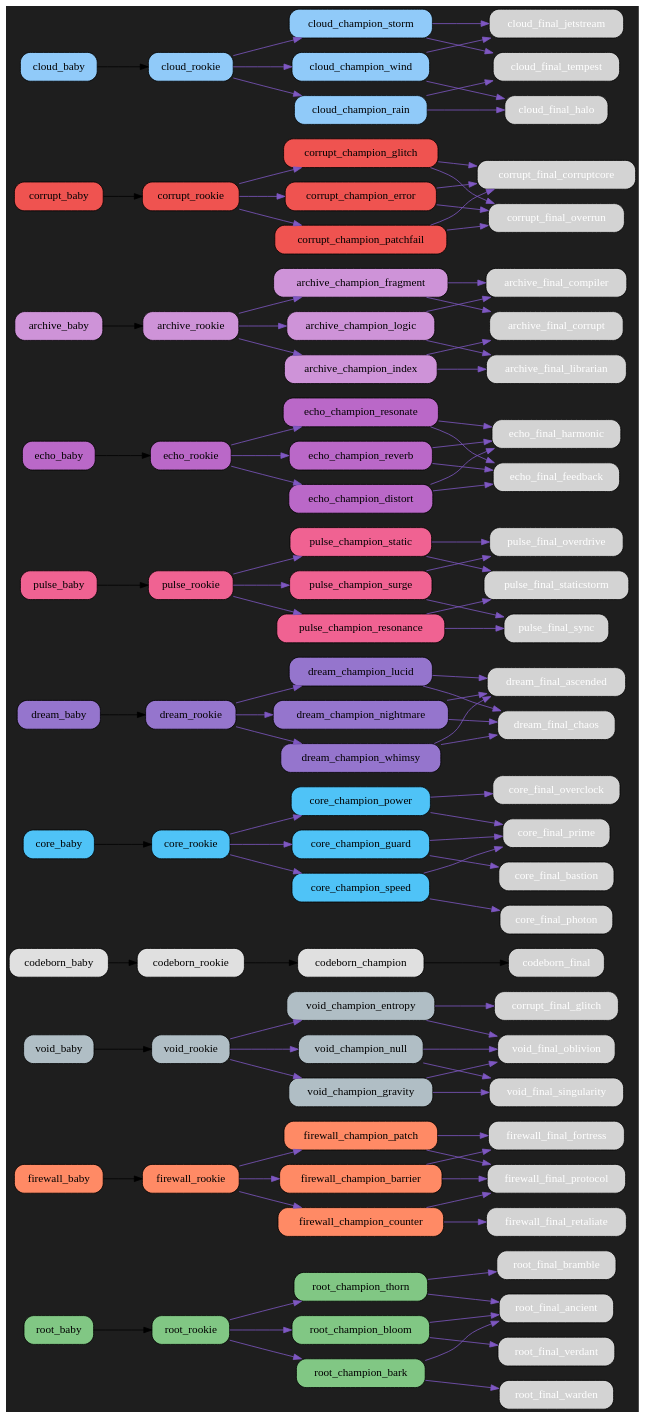
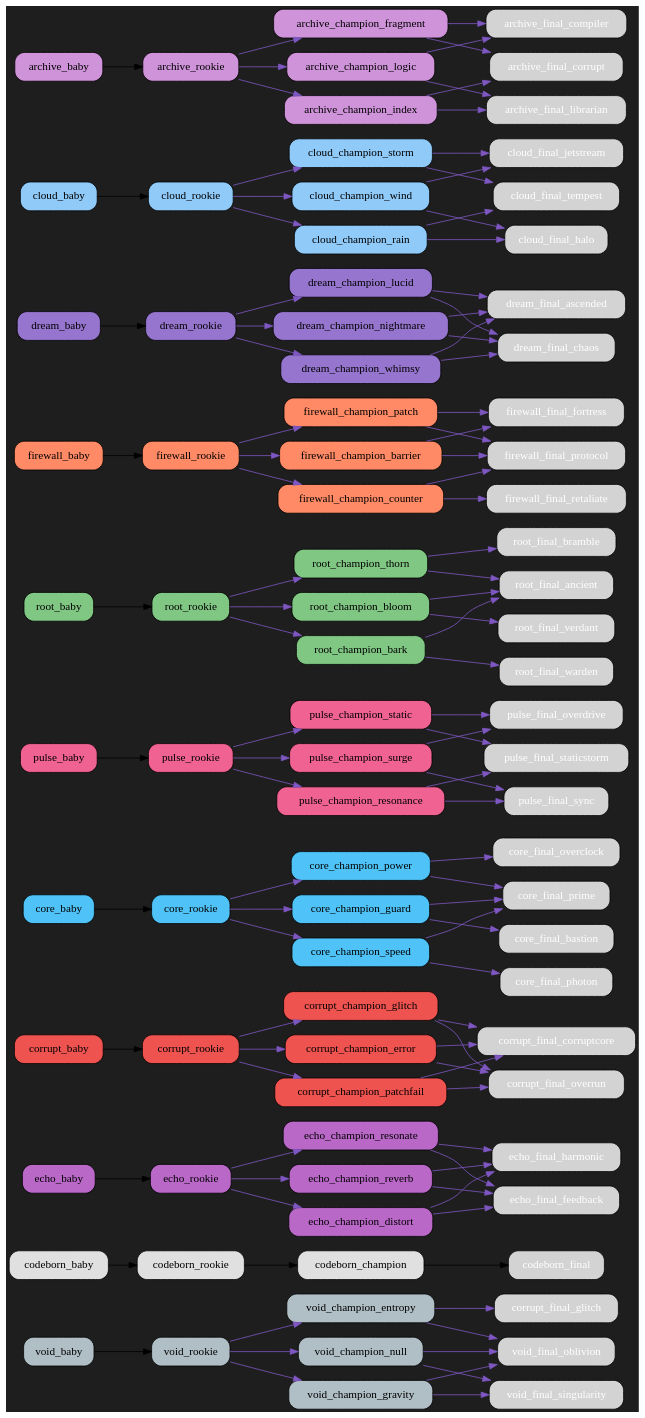
The diagram in src/netgrid/systems/evolution/graphs/dark/evolution_graph_dark.dot (bwlight/NetGrid), drawn with Graphviz before and after one commit. The commit also changed other lines of this file and 8 other files, not shown here.

Commit message:
Auto-update evolution graphs

```diff
--- a/src/netgrid/systems/evolution/graphs/dark/evolution_graph_dark.dot
+++ b/src/netgrid/systems/evolution/graphs/dark/evolution_graph_dark.dot
@@ -2,6 +2,87 @@
   rankdir=LR;
   bgcolor="#1e1e1e";
   node [shape=box, style="rounded,filled", fontcolor="white"];
+  "void_baby" [fillcolor="#b0bec5", fontcolor="black"];
+  "void_baby" -> "void_rookie";
+  "void_rookie" [fillcolor="#b0bec5", fontcolor="black"];
+  "void_rookie" -> "void_champion_entropy" [color="#7e57c2"];
+  "void_rookie" -> "void_champion_gravity" [color="#7e57c2"];
+  "void_rookie" -> "void_champion_null" [color="#7e57c2"];
+  "void_champion_entropy" [fillcolor="#b0bec5", fontcolor="black"];
+  "void_champion_entropy" -> "corrupt_final_glitch" [color="#7e57c2"];
+  "void_champion_entropy" -> "void_final_oblivion" [color="#7e57c2"];
+  "void_champion_gravity" [fillcolor="#b0bec5", fontcolor="black"];
+  "void_champion_gravity" -> "void_final_singularity" [color="#7e57c2"];
+  "void_champion_gravity" -> "void_final_oblivion" [color="#7e57c2"];
+  "void_champion_null" [fillcolor="#b0bec5", fontcolor="black"];
+  "void_champion_null" -> "void_final_oblivion" [color="#7e57c2"];
+  "void_champion_null" -> "void_final_singularity" [color="#7e57c2"];
+  "codeborn_baby" [fillcolor="#e0e0e0", fontcolor="black"];
+  "codeborn_baby" -> "codeborn_rookie";
+  "codeborn_rookie" [fillcolor="#e0e0e0", fontcolor="black"];
+  "codeborn_rookie" -> "codeborn_champion";
+  "codeborn_champion" [fillcolor="#e0e0e0", fontcolor="black"];
+  "codeborn_champion" -> "codeborn_final";
+  "echo_baby" [fillcolor="#ba68c8", fontcolor="black"];
+  "echo_baby" -> "echo_rookie";
+  "echo_rookie" [fillcolor="#ba68c8", fontcolor="black"];
+  "echo_rookie" -> "echo_champion_resonate" [color="#7e57c2"];
+  "echo_rookie" -> "echo_champion_reverb" [color="#7e57c2"];
+  "echo_rookie" -> "echo_champion_distort" [color="#7e57c2"];
+  "echo_champion_resonate" [fillcolor="#ba68c8", fontcolor="black"];
+  "echo_champion_resonate" -> "echo_final_harmonic" [color="#7e57c2"];
+  "echo_champion_resonate" -> "echo_final_feedback" [color="#7e57c2"];
+  "echo_champion_reverb" [fillcolor="#ba68c8", fontcolor="black"];
+  "echo_champion_reverb" -> "echo_final_feedback" [color="#7e57c2"];
+  "echo_champion_reverb" -> "echo_final_harmonic" [color="#7e57c2"];
+  "echo_champion_distort" [fillcolor="#ba68c8", fontcolor="black"];
+  "echo_champion_distort" -> "echo_final_feedback" [color="#7e57c2"];
+  "echo_champion_distort" -> "echo_final_harmonic" [color="#7e57c2"];
+  "corrupt_baby" [fillcolor="#ef5350", fontcolor="black"];
+  "corrupt_baby" -> "corrupt_rookie";
+  "corrupt_rookie" [fillcolor="#ef5350", fontcolor="black"];
+  "corrupt_rookie" -> "corrupt_champion_glitch" [color="#7e57c2"];
+  "corrupt_rookie" -> "corrupt_champion_error" [color="#7e57c2"];
+  "corrupt_rookie" -> "corrupt_champion_patchfail" [color="#7e57c2"];
+  "corrupt_champion_glitch" [fillcolor="#ef5350", fontcolor="black"];
+  "corrupt_champion_glitch" -> "corrupt_final_corruptcore" [color="#7e57c2"];
+  "corrupt_champion_glitch" -> "corrupt_final_overrun" [color="#7e57c2"];
+  "corrupt_champion_error" [fillcolor="#ef5350", fontcolor="black"];
+  "corrupt_champion_error" -> "corrupt_final_overrun" [color="#7e57c2"];
+  "corrupt_champion_error" -> "corrupt_final_corruptcore" [color="#7e57c2"];
+  "corrupt_champion_patchfail" [fillcolor="#ef5350", fontcolor="black"];
+  "corrupt_champion_patchfail" -> "corrupt_final_corruptcore" [color="#7e57c2"];
+  "corrupt_champion_patchfail" -> "corrupt_final_overrun" [color="#7e57c2"];
+  "core_baby" [fillcolor="#4fc3f7", fontcolor="black"];
+  "core_baby" -> "core_rookie";
+  "core_rookie" [fillcolor="#4fc3f7", fontcolor="black"];
+  "core_rookie" -> "core_champion_power" [color="#7e57c2"];
+  "core_rookie" -> "core_champion_guard" [color="#7e57c2"];
+  "core_rookie" -> "core_champion_speed" [color="#7e57c2"];
+  "core_champion_power" [fillcolor="#4fc3f7", fontcolor="black"];
+  "core_champion_power" -> "core_final_overclock" [color="#7e57c2"];
+  "core_champion_power" -> "core_final_prime" [color="#7e57c2"];
+  "core_champion_guard" [fillcolor="#4fc3f7", fontcolor="black"];
+  "core_champion_guard" -> "core_final_bastion" [color="#7e57c2"];
+  "core_champion_guard" -> "core_final_prime" [color="#7e57c2"];
+  "core_champion_speed" [fillcolor="#4fc3f7", fontcolor="black"];
+  "core_champion_speed" -> "core_final_photon" [color="#7e57c2"];
+  "core_champion_speed" -> "core_final_prime" [color="#7e57c2"];
+  "pulse_baby" [fillcolor="#f06292", fontcolor="black"];
+  "pulse_baby" -> "pulse_rookie";
+  "pulse_rookie" [fillcolor="#f06292", fontcolor="black"];
+  "pulse_rookie" -> "pulse_champion_surge" [color="#7e57c2"];
+  "pulse_rookie" -> "pulse_champion_resonance" [color="#7e57c2"];
+  "pulse_rookie" -> "pulse_champion_static" [color="#7e57c2"];
+  "pulse_champion_surge" [fillcolor="#f06292", fontcolor="black"];
+  "pulse_champion_surge" -> "pulse_final_overdrive" [color="#7e57c2"];
+  "pulse_champion_surge" -> "pulse_final_sync" [color="#7e57c2"];
+  "pulse_champion_resonance" [fillcolor="#f06292", fontcolor="black"];
+  "pulse_champion_resonance" -> "pulse_final_sync" [color="#7e57c2"];
+  "pulse_champion_resonance" -> "pulse_final_staticstorm" [color="#7e57c2"];
+  "pulse_champion_static" [fillcolor="#f06292", fontcolor="black"];
+  "pulse_champion_static" -> "pulse_final_staticstorm" [color="#7e57c2"];
+  "pulse_champion_static" -> "pulse_final_overdrive" [color="#7e57c2"];
   "root_baby" [fillcolor="#81c784", fontcolor="black"];
   "root_baby" -> "root_rookie";
   "root_rookie" [fillcolor="#81c784", fontcolor="black"];
@@ -32,42 +113,6 @@
   "firewall_champion_patch" [fillcolor="#ff8a65", fontcolor="black"];
   "firewall_champion_patch" -> "firewall_final_protocol" [color="#7e57c2"];
   "firewall_champion_patch" -> "firewall_final_fortress" [color="#7e57c2"];
-  "void_baby" [fillcolor="#b0bec5", fontcolor="black"];
-  "void_baby" -> "void_rookie";
-  "void_rookie" [fillcolor="#b0bec5", fontcolor="black"];
-  "void_rookie" -> "void_champion_entropy" [color="#7e57c2"];
-  "void_rookie" -> "void_champion_gravity" [color="#7e57c2"];
-  "void_rookie" -> "void_champion_null" [color="#7e57c2"];
-  "void_champion_entropy" [fillcolor="#b0bec5", fontcolor="black"];
-  "void_champion_entropy" -> "corrupt_final_glitch" [color="#7e57c2"];
-  "void_champion_entropy" -> "void_final_oblivion" [color="#7e57c2"];
-  "void_champion_gravity" [fillcolor="#b0bec5", fontcolor="black"];
-  "void_champion_gravity" -> "void_final_singularity" [color="#7e57c2"];
-  "void_champion_gravity" -> "void_final_oblivion" [color="#7e57c2"];
-  "void_champion_null" [fillcolor="#b0bec5", fontcolor="black"];
-  "void_champion_null" -> "void_final_oblivion" [color="#7e57c2"];
-  "void_champion_null" -> "void_final_singularity" [color="#7e57c2"];
-  "codeborn_baby" [fillcolor="#e0e0e0", fontcolor="black"];
-  "codeborn_baby" -> "codeborn_rookie";
-  "codeborn_rookie" [fillcolor="#e0e0e0", fontcolor="black"];
-  "codeborn_rookie" -> "codeborn_champion";
-  "codeborn_champion" [fillcolor="#e0e0e0", fontcolor="black"];
-  "codeborn_champion" -> "codeborn_final";
-  "core_baby" [fillcolor="#4fc3f7", fontcolor="black"];
-  "core_baby" -> "core_rookie";
-  "core_rookie" [fillcolor="#4fc3f7", fontcolor="black"];
-  "core_rookie" -> "core_champion_power" [color="#7e57c2"];
-  "core_rookie" -> "core_champion_guard" [color="#7e57c2"];
-  "core_rookie" -> "core_champion_speed" [color="#7e57c2"];
-  "core_champion_power" [fillcolor="#4fc3f7", fontcolor="black"];
-  "core_champion_power" -> "core_final_overclock" [color="#7e57c2"];
-  "core_champion_power" -> "core_final_prime" [color="#7e57c2"];
-  "core_champion_guard" [fillcolor="#4fc3f7", fontcolor="black"];
-  "core_champion_guard" -> "core_final_bastion" [color="#7e57c2"];
-  "core_champion_guard" -> "core_final_prime" [color="#7e57c2"];
-  "core_champion_speed" [fillcolor="#4fc3f7", fontcolor="black"];
-  "core_champion_speed" -> "core_final_photon" [color="#7e57c2"];
-  "core_champion_speed" -> "core_final_prime" [color="#7e57c2"];
   "dream_baby" [fillcolor="#9575cd", fontcolor="black"];
   "dream_baby" -> "dream_rookie";
   "dream_rookie" [fillcolor="#9575cd", fontcolor="black"];
@@ -83,36 +128,21 @@
   "dream_champion_whimsy" [fillcolor="#9575cd", fontcolor="black"];
   "dream_champion_whimsy" -> "dream_final_ascended" [color="#7e57c2"];
   "dream_champion_whimsy" -> "dream_final_chaos" [color="#7e57c2"];
-  "pulse_baby" [fillcolor="#f06292", fontcolor="black"];
-  "pulse_baby" -> "pulse_rookie";
-  "pulse_rookie" [fillcolor="#f06292", fontcolor="black"];
-  "pulse_rookie" -> "pulse_champion_surge" [color="#7e57c2"];
-  "pulse_rookie" -> "pulse_champion_resonance" [color="#7e57c2"];
-  "pulse_rookie" -> "pulse_champion_static" [color="#7e57c2"];
-  "pulse_champion_surge" [fillcolor="#f06292", fontcolor="black"];
-  "pulse_champion_surge" -> "pulse_final_overdrive" [color="#7e57c2"];
-  "pulse_champion_surge" -> "pulse_final_sync" [color="#7e57c2"];
-  "pulse_champion_resonance" [fillcolor="#f06292", fontcolor="black"];
-  "pulse_champion_resonance" -> "pulse_final_sync" [color="#7e57c2"];
-  "pulse_champion_resonance" -> "pulse_final_staticstorm" [color="#7e57c2"];
-  "pulse_champion_static" [fillcolor="#f06292", fontcolor="black"];
-  "pulse_champion_static" -> "pulse_final_staticstorm" [color="#7e57c2"];
-  "pulse_champion_static" -> "pulse_final_overdrive" [color="#7e57c2"];
-  "echo_baby" [fillcolor="#ba68c8", fontcolor="black"];
-  "echo_baby" -> "echo_rookie";
-  "echo_rookie" [fillcolor="#ba68c8", fontcolor="black"];
-  "echo_rookie" -> "echo_champion_resonate" [color="#7e57c2"];
-  "echo_rookie" -> "echo_champion_reverb" [color="#7e57c2"];
-  "echo_rookie" -> "echo_champion_distort" [color="#7e57c2"];
-  "echo_champion_resonate" [fillcolor="#ba68c8", fontcolor="black"];
-  "echo_champion_resonate" -> "echo_final_harmonic" [color="#7e57c2"];
-  "echo_champion_resonate" -> "echo_final_feedback" [color="#7e57c2"];
-  "echo_champion_reverb" [fillcolor="#ba68c8", fontcolor="black"];
-  "echo_champion_reverb" -> "echo_final_feedback" [color="#7e57c2"];
-  "echo_champion_reverb" -> "echo_final_harmonic" [color="#7e57c2"];
-  "echo_champion_distort" [fillcolor="#ba68c8", fontcolor="black"];
-  "echo_champion_distort" -> "echo_final_feedback" [color="#7e57c2"];
-  "echo_champion_distort" -> "echo_final_harmonic" [color="#7e57c2"];
+  "cloud_baby" [fillcolor="#90caf9", fontcolor="black"];
+  "cloud_baby" -> "cloud_rookie";
+  "cloud_rookie" [fillcolor="#90caf9", fontcolor="black"];
+  "cloud_rookie" -> "cloud_champion_wind" [color="#7e57c2"];
+  "cloud_rookie" -> "cloud_champion_rain" [color="#7e57c2"];
+  "cloud_rookie" -> "cloud_champion_storm" [color="#7e57c2"];
+  "cloud_champion_wind" [fillcolor="#90caf9", fontcolor="black"];
+  "cloud_champion_wind" -> "cloud_final_jetstream" [color="#7e57c2"];
+  "cloud_champion_wind" -> "cloud_final_halo" [color="#7e57c2"];
+  "cloud_champion_rain" [fillcolor="#90caf9", fontcolor="black"];
+  "cloud_champion_rain" -> "cloud_final_halo" [color="#7e57c2"];
+  "cloud_champion_rain" -> "cloud_final_tempest" [color="#7e57c2"];
+  "cloud_champion_storm" [fillcolor="#90caf9", fontcolor="black"];
+  "cloud_champion_storm" -> "cloud_final_tempest" [color="#7e57c2"];
+  "cloud_champion_storm" -> "cloud_final_jetstream" [color="#7e57c2"];
   "archive_baby" [fillcolor="#ce93d8", fontcolor="black"];
   "archive_baby" -> "archive_rookie";
   "archive_rookie" [fillcolor="#ce93d8", fontcolor="black"];
@@ -128,34 +158,4 @@
   "archive_champion_fragment" [fillcolor="#ce93d8", fontcolor="black"];
   "archive_champion_fragment" -> "archive_final_corrupt" [color="#7e57c2"];
   "archive_champion_fragment" -> "archive_final_compiler" [color="#7e57c2"];
-  "corrupt_baby" [fillcolor="#ef5350", fontcolor="black"];
-  "corrupt_baby" -> "corrupt_rookie";
-  "corrupt_rookie" [fillcolor="#ef5350", fontcolor="black"];
-  "corrupt_rookie" -> "corrupt_champion_glitch" [color="#7e57c2"];
-  "corrupt_rookie" -> "corrupt_champion_error" [color="#7e57c2"];
-  "corrupt_rookie" -> "corrupt_champion_patchfail" [color="#7e57c2"];
-  "corrupt_champion_glitch" [fillcolor="#ef5350", fontcolor="black"];
-  "corrupt_champion_glitch" -> "corrupt_final_corruptcore" [color="#7e57c2"];
-  "corrupt_champion_glitch" -> "corrupt_final_overrun" [color="#7e57c2"];
-  "corrupt_champion_error" [fillcolor="#ef5350", fontcolor="black"];
-  "corrupt_champion_error" -> "corrupt_final_overrun" [color="#7e57c2"];
-  "corrupt_champion_error" -> "corrupt_final_corruptcore" [color="#7e57c2"];
-  "corrupt_champion_patchfail" [fillcolor="#ef5350", fontcolor="black"];
-  "corrupt_champion_patchfail" -> "corrupt_final_corruptcore" [color="#7e57c2"];
-  "corrupt_champion_patchfail" -> "corrupt_final_overrun" [color="#7e57c2"];
-  "cloud_baby" [fillcolor="#90caf9", fontcolor="black"];
-  "cloud_baby" -> "cloud_rookie";
-  "cloud_rookie" [fillcolor="#90caf9", fontcolor="black"];
-  "cloud_rookie" -> "cloud_champion_wind" [color="#7e57c2"];
-  "cloud_rookie" -> "cloud_champion_rain" [color="#7e57c2"];
-  "cloud_rookie" -> "cloud_champion_storm" [color="#7e57c2"];
-  "cloud_champion_wind" [fillcolor="#90caf9", fontcolor="black"];
-  "cloud_champion_wind" -> "cloud_final_jetstream" [color="#7e57c2"];
-  "cloud_champion_wind" -> "cloud_final_halo" [color="#7e57c2"];
-  "cloud_champion_rain" [fillcolor="#90caf9", fontcolor="black"];
-  "cloud_champion_rain" -> "cloud_final_halo" [color="#7e57c2"];
-  "cloud_champion_rain" -> "cloud_final_tempest" [color="#7e57c2"];
-  "cloud_champion_storm" [fillcolor="#90caf9", fontcolor="black"];
-  "cloud_champion_storm" -> "cloud_final_tempest" [color="#7e57c2"];
-  "cloud_champion_storm" -> "cloud_final_jetstream" [color="#7e57c2"];
 }
```
